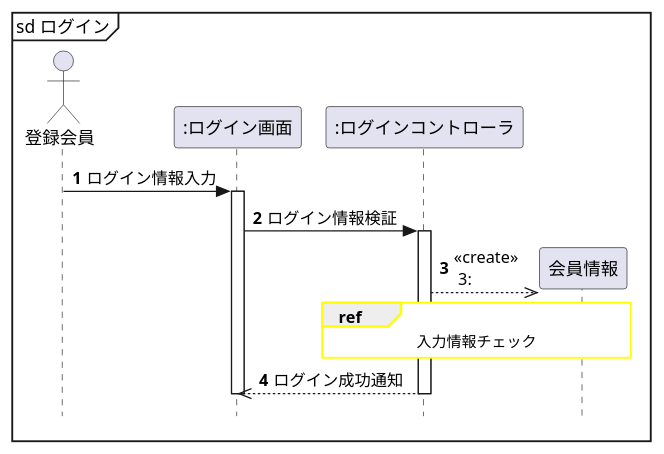
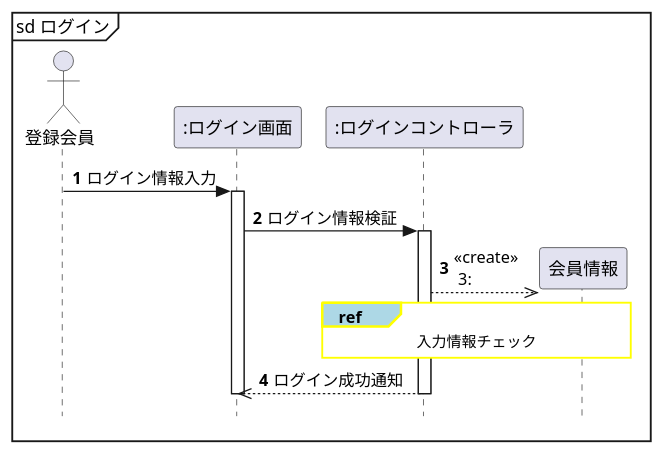
The diagram in 図4-6「ref」を使用した例.pu (Ragamn/uml-introduction), drawn with PlantUML before and after one commit. The commit also changed 3 other files, not shown here.

```diff
--- a/図4-6「ref」を使用した例.pu
+++ b/図4-6「ref」を使用した例.pu
@@ -1,29 +1,29 @@
 @startuml
 hide footbox
 Actor 登録会員 as member
 participant ":ログイン画面" as login
 participant ":ログインコントローラ" as control
 participant "会員情報" as entity
 'メッセージに自動で番号を降る
 autonumber
 ' 厳密なUMLに準拠する
 skinparam style strictuml
 ' refの枠線
 skinparam sequenceReferenceBorderColor yellow
 ' refの背景色
 skinparam sequenceReferenceBackgroundColor white
-' skinparam sequenceReferenceHeaderBackgroundColor lightblue
+skinparam sequenceReferenceHeaderBackgroundColor lightblue
 mainframe sd ログイン
 member -> login : ログイン情報入力
 activate login
 login -> control : ログイン情報検証
 activate control
 create entity
 control -->> entity :<<create>>\n 3:
 ref over control, entity
 入力情報チェック
 end ref
 login <<-- control : ログイン成功通知
 deactivate control
 deactivate login
 @enduml
```
